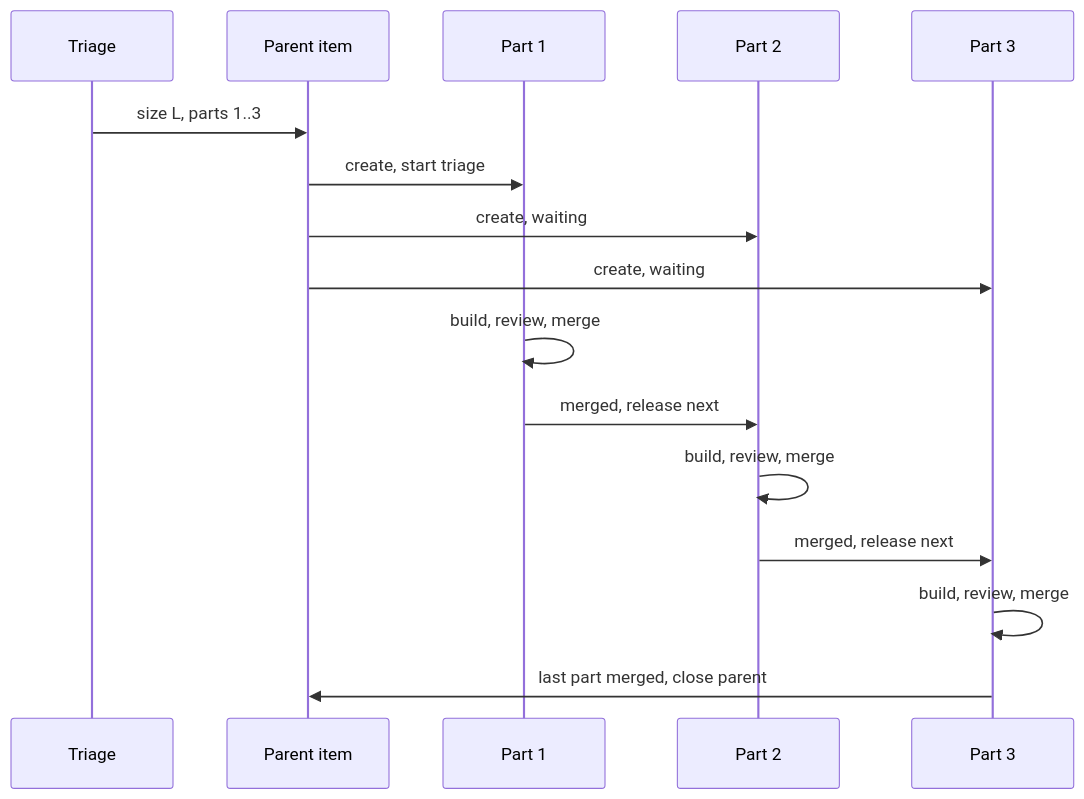
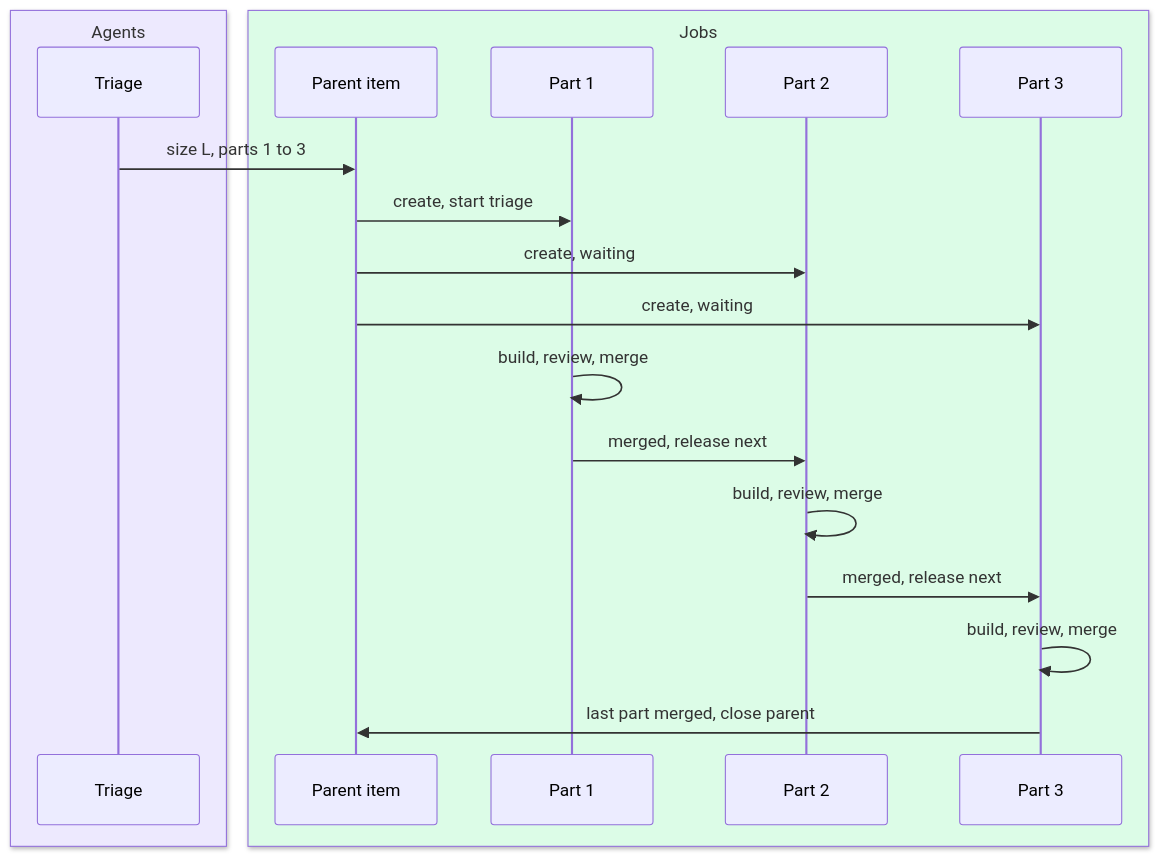
One commit to icelink-ai/software-factory-manifesto changed the diagram in docs/01-work-intake/sizing-and-stacks.md. Above: the diagram before and after it, drawn with Mermaid. The commit also changed other lines of this file and 73 other files, not shown here.

````diff
--- a/docs/01-work-intake/sizing-and-stacks.md
+++ b/docs/01-work-intake/sizing-and-stacks.md
@@ -29,18 +42,22 @@
 ```mermaid
 sequenceDiagram
-    participant T as Triage
-    participant P as Parent item
-    participant A as Part 1
-    participant B as Part 2
-    participant C as Part 3
-    T->>P: size L, parts 1..3
+    box rgb(237,233,254) Agents
+        participant T as Triage
+    end
+    box rgb(220,252,231) Jobs
+        participant P as Parent item
+        participant A as Part 1
+        participant B as Part 2
+        participant C as Part 3
+    end
+    T->>P: size L, parts 1 to 3
     P->>A: create, start triage
     P->>B: create, waiting
     P->>C: create, waiting
     A->>A: build, review, merge
     A->>B: merged, release next
     B->>B: build, review, merge
     B->>C: merged, release next
     C->>C: build, review, merge
     C->>P: last part merged, close parent
 ```
````
